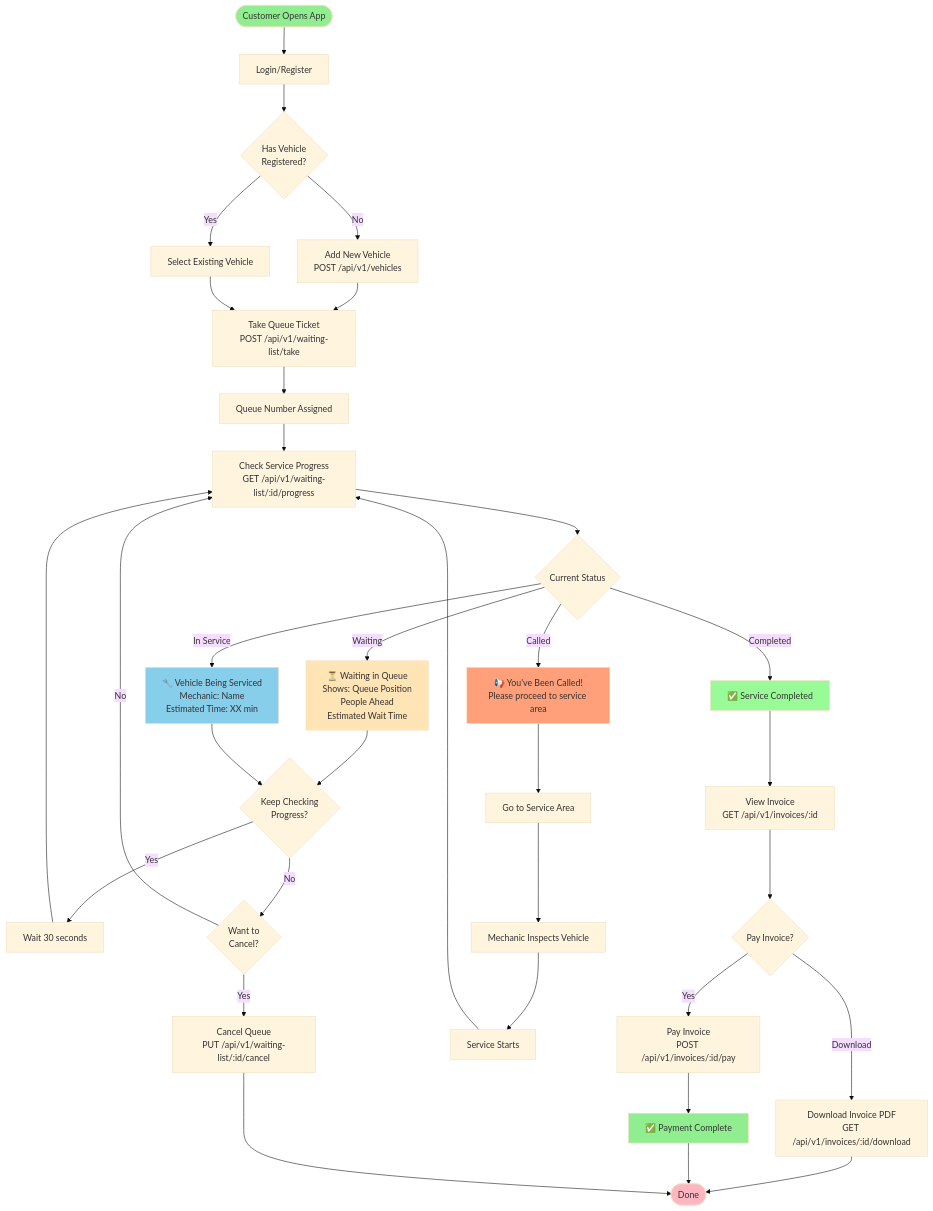
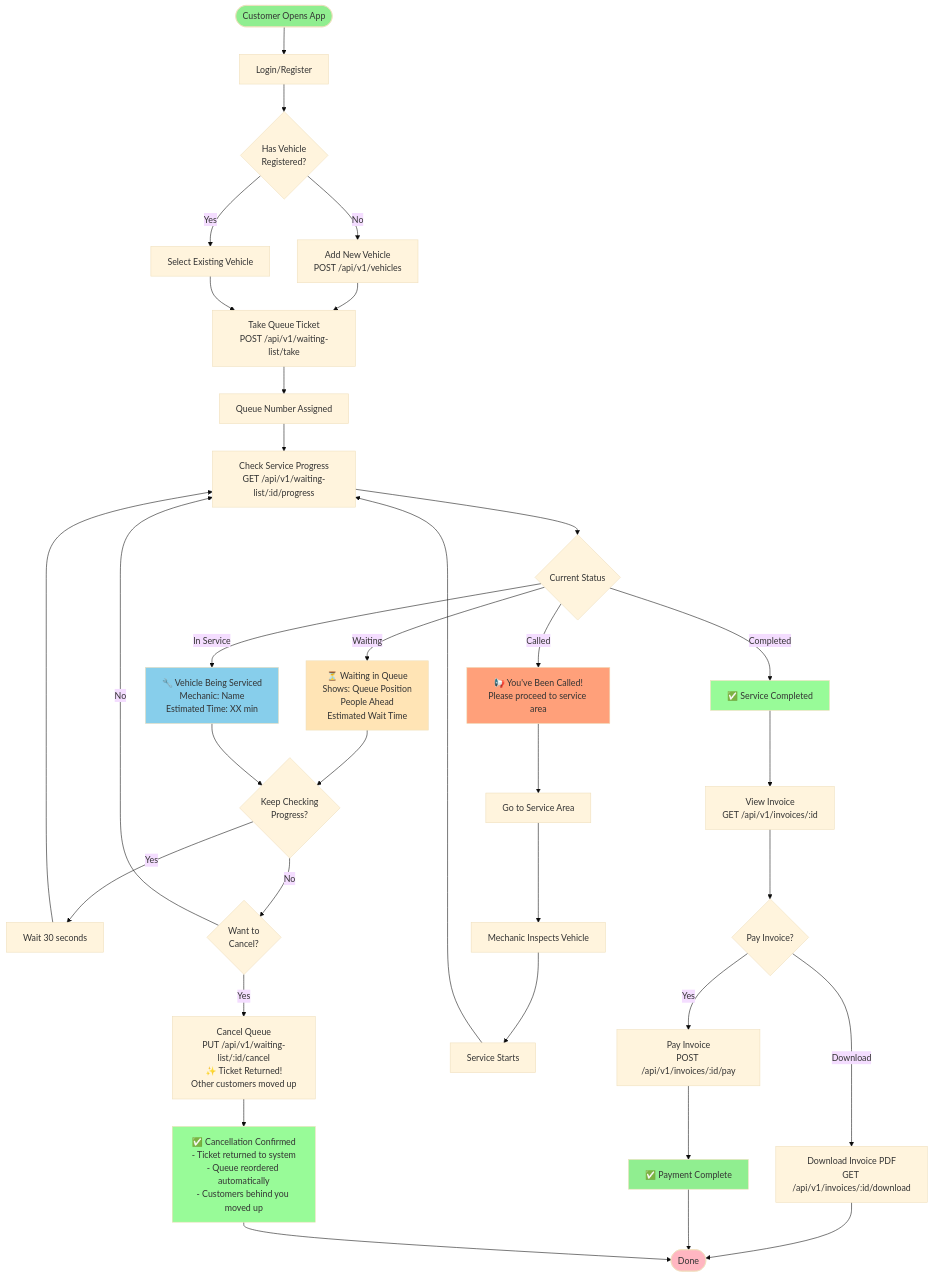
One commit to kuahbanyak/go-crud changed the first of 6 diagrams in FLOWCHARTS.md. Above: the diagram before and after it, drawn with Mermaid (base theme). The commit also changed other lines of this file and 42 other files, not shown here.

````diff
--- a/FLOWCHARTS.md
+++ b/FLOWCHARTS.md
@@ -7,54 +7,57 @@
 ```mermaid
 flowchart TD
     Start([Customer Opens App]) --> Login[Login/Register]
     Login --> CheckVehicle{Has Vehicle<br/>Registered?}
     
     CheckVehicle -->|No| AddVehicle[Add New Vehicle<br/>POST /api/v1/vehicles]
     CheckVehicle -->|Yes| SelectVehicle[Select Existing Vehicle]
     AddVehicle --> TakeQueue
     SelectVehicle --> TakeQueue[Take Queue Ticket<br/>POST /api/v1/waiting-list/take]
     
     TakeQueue --> QueueTaken[Queue Number Assigned]
     QueueTaken --> CheckProgress[Check Service Progress<br/>GET /api/v1/waiting-list/:id/progress]
     
     CheckProgress --> ShowProgress{Current Status}
     
     ShowProgress -->|Waiting| WaitingStatus[⏳ Waiting in Queue<br/>Shows: Queue Position<br/>People Ahead<br/>Estimated Wait Time]
     ShowProgress -->|Called| CalledStatus[📢 You've Been Called!<br/>Please proceed to service area]
     ShowProgress -->|In Service| InServiceStatus[🔧 Vehicle Being Serviced<br/>Mechanic: Name<br/>Estimated Time: XX min]
     ShowProgress -->|Completed| CompletedStatus[✅ Service Completed]
     
     WaitingStatus --> RefreshProgress{Keep Checking<br/>Progress?}
     CalledStatus --> ProceedToService[Go to Service Area]
     InServiceStatus --> RefreshProgress
     
     RefreshProgress -->|Yes| Wait[Wait 30 seconds]
     Wait --> CheckProgress
     RefreshProgress -->|No| CancelOption{Want to<br/>Cancel?}
     
-    CancelOption -->|Yes| CancelQueue[Cancel Queue<br/>PUT /api/v1/waiting-list/:id/cancel]
+    CancelOption -->|Yes| CancelQueue[Cancel Queue<br/>PUT /api/v1/waiting-list/:id/cancel<br/>✨ Ticket Returned!<br/>Other customers moved up]
     CancelOption -->|No| CheckProgress
+    
+    CancelQueue --> CancelSuccess[✅ Cancellation Confirmed<br/>- Ticket returned to system<br/>- Queue reordered automatically<br/>- Customers behind you moved up]
     
     ProceedToService --> MechanicInspection[Mechanic Inspects Vehicle]
     MechanicInspection --> ServiceStart[Service Starts]
     ServiceStart --> CheckProgress
     
     CompletedStatus --> ViewInvoice[View Invoice<br/>GET /api/v1/invoices/:id]
     ViewInvoice --> PaymentOption{Pay Invoice?}
     
     PaymentOption -->|Yes| PayInvoice[Pay Invoice<br/>POST /api/v1/invoices/:id/pay]
     PaymentOption -->|Download| DownloadInvoice[Download Invoice PDF<br/>GET /api/v1/invoices/:id/download]
     
     PayInvoice --> PaymentComplete[✅ Payment Complete]
     DownloadInvoice --> End([Done])
     PaymentComplete --> End
-    CancelQueue --> End
+    CancelSuccess --> End
     
     style Start fill:#90EE90
     style End fill:#FFB6C1
     style WaitingStatus fill:#FFE4B5
     style CalledStatus fill:#FFA07A
     style InServiceStatus fill:#87CEEB
     style CompletedStatus fill:#98FB98
     style PaymentComplete fill:#90EE90
+    style CancelSuccess fill:#98FB98
 ```
````
